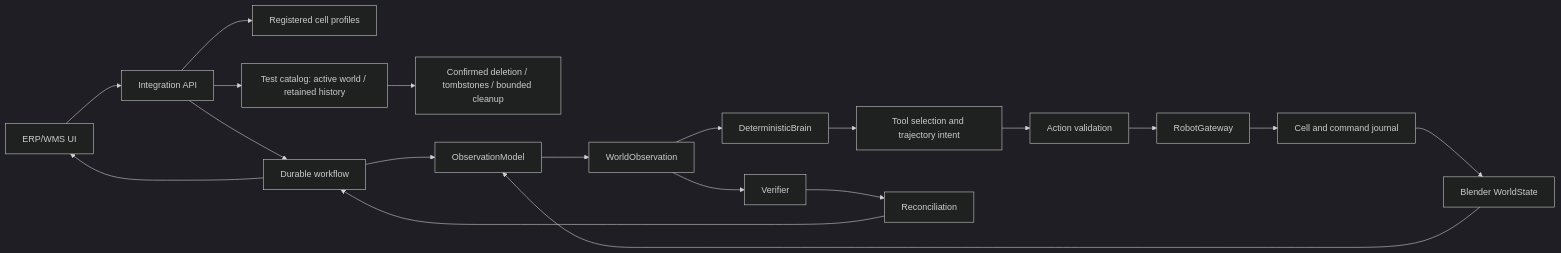
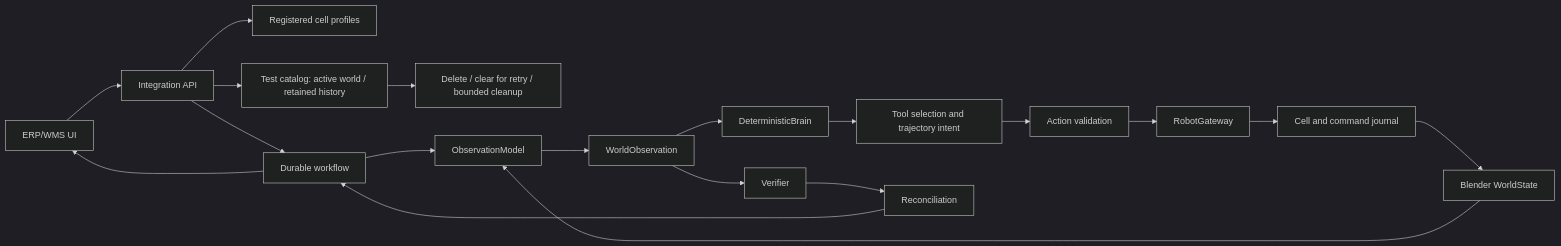
One commit to raal1600/SICS-RobotOps-Twin-E2E-Warehouse-Robotics-Integration-Simulator changed the diagram in README.md. Above: the diagram before and after it, drawn with Mermaid (dark theme). The commit also changed other lines of this file and 76 other files, not shown here.

Commit message:
Separate test deletion from reusable same-test clearing

````diff
--- a/README.md
+++ b/README.md
@@ -206,21 +214,21 @@
 ```mermaid
 flowchart LR
     ERP[ERP/WMS UI] --> API[Integration API]
     API --> PROFILES[Registered cell profiles]
     API --> TEST[Test catalog: active world / retained history]
-    TEST --> RETAIN[Confirmed deletion / tombstones / bounded cleanup]
+    TEST --> RETAIN[Delete / clear for retry / bounded cleanup]
     API --> WF[Durable workflow]
     WF --> O[ObservationModel]
     WO[WorldObservation] --> B[DeterministicBrain]
     B --> P[Tool selection and trajectory intent]
     P --> V[Action validation]
     V --> G[RobotGateway]
     G --> C[Cell and command journal]
     C --> W[Blender WorldState]
     W --> O
     O --> WO
     WO --> VERIFY[Verifier]
     VERIFY --> R[Reconciliation]
     R --> WF
     WF --> ERP
 ```
````
